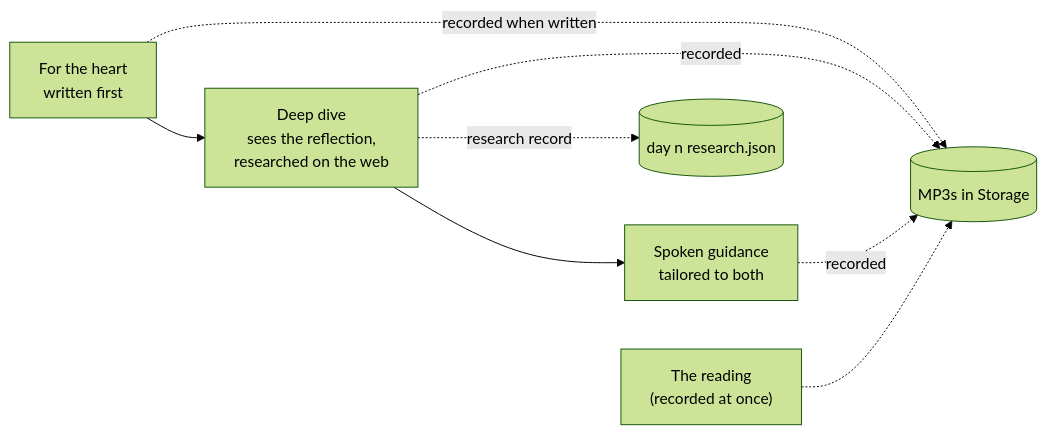
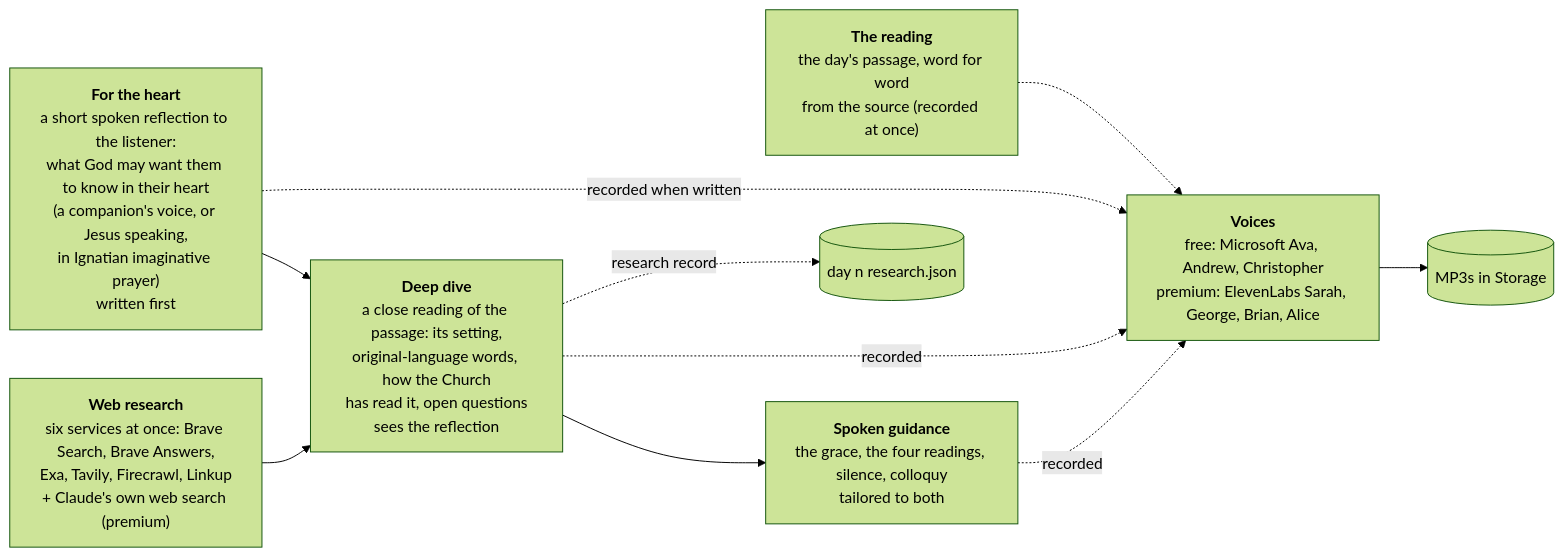
The fourth of 11 diagrams in README.md (bcollier/ignatius-hw4-api), drawn with Mermaid (forest theme) before and after one commit. The commit also changed other lines of this file and 3 other files, not shown here.

First line of the commit message:
README: the day diagram says what each part is, with links to the research services, voices and prompts; Opus 5.5 is the default everywhere

````diff
--- a/README.md
+++ b/README.md
@@ -185,11 +185,18 @@
 ```mermaid
 flowchart LR
-    READ["The reading<br/>(recorded at once)"]
-    HEART["For the heart<br/>written first"] --> DEEP["Deep dive<br/>sees the reflection,<br/>researched on the web"]
-    DEEP --> GUIDE["Spoken guidance<br/>tailored to both"]
-    HEART -. recorded when written .-> REC[("MP3s in Storage")]
-    DEEP -. recorded .-> REC
-    GUIDE -. recorded .-> REC
-    READ -.-> REC
+    READ["<b>The reading</b><br/>the day's passage, word for word<br/>from the source (recorded at once)"]
+    HEART["<b>For the heart</b><br/>a short spoken reflection to the listener:<br/>what God may want them to know in their heart<br/>(a companion's voice, or Jesus speaking,<br/>in Ignatian imaginative prayer)<br/>written first"]
+    DEEP["<b>Deep dive</b><br/>a close reading of the passage: its setting,<br/>original-language words, how the Church<br/>has read it, open questions<br/>sees the reflection"]
+    WEB["<b>Web research</b><br/>six services at once: Brave Search, Brave Answers,<br/>Exa, Tavily, Firecrawl, Linkup<br/>+ Claude's own web search (premium)"]
+    GUIDE["<b>Spoken guidance</b><br/>the grace, the four readings, silence, colloquy<br/>tailored to both"]
+    VOICES["<b>Voices</b><br/>free: Microsoft Ava, Andrew, Christopher<br/>premium: ElevenLabs Sarah, George, Brian, Alice"]
+    HEART --> DEEP
+    WEB --> DEEP
+    DEEP --> GUIDE
+    READ -.-> VOICES
+    HEART -. recorded when written .-> VOICES
+    DEEP -. recorded .-> VOICES
+    GUIDE -. recorded .-> VOICES
+    VOICES --> REC[("MP3s in Storage")]
     DEEP -. research record .-> RJ[("day n research.json")]
 ```
````
